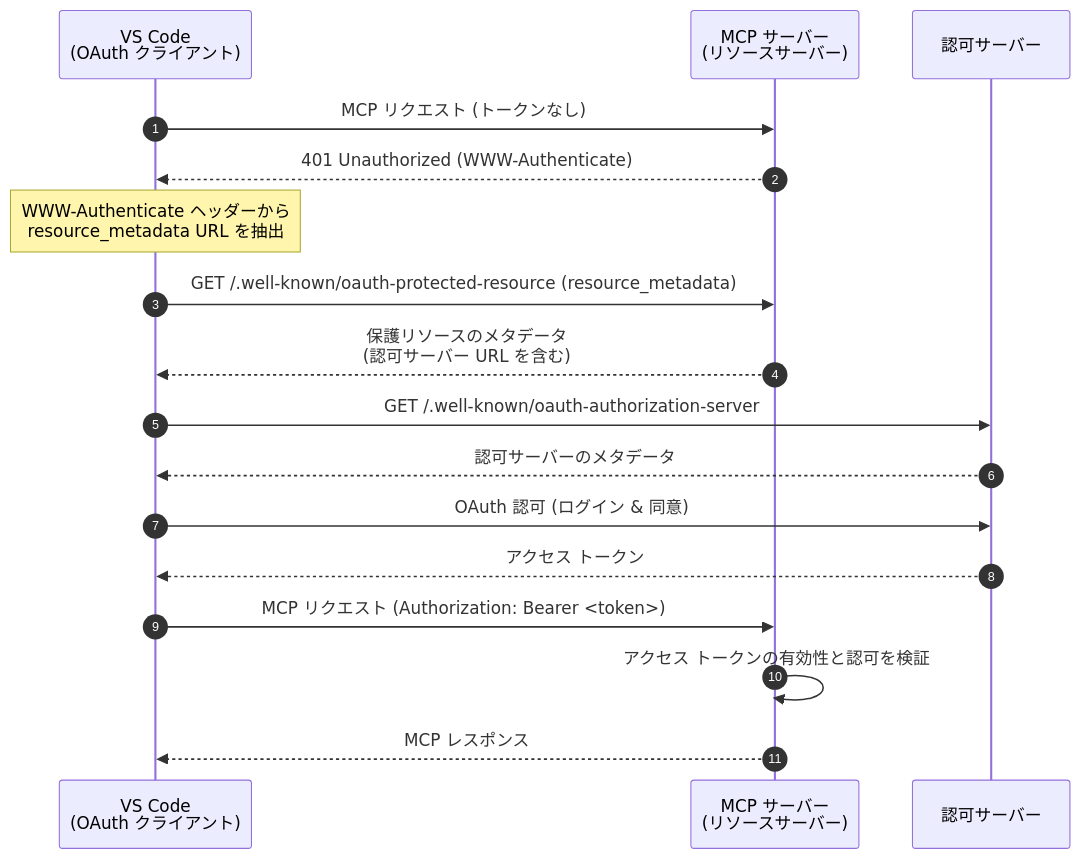
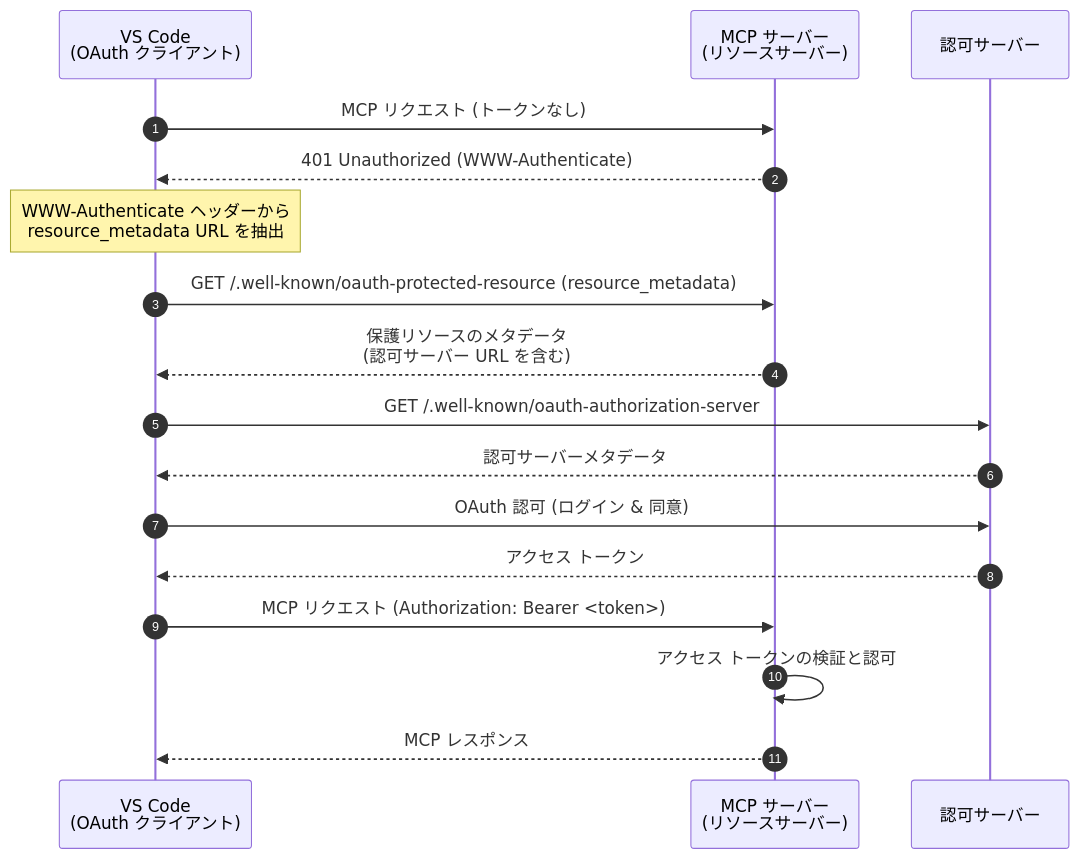
The first of 2 diagrams in i18n/ja/docusaurus-plugin-content-docs/current/tutorials/todo-manager/README.mdx (mcp-auth/docs), drawn with Mermaid before and after one commit. The commit also changed other lines of this file and 9 other files, not shown here.

````diff
--- a/i18n/ja/docusaurus-plugin-content-docs/current/tutorials/todo-manager/README.mdx
+++ b/i18n/ja/docusaurus-plugin-content-docs/current/tutorials/todo-manager/README.mdx
@@ -40,23 +40,23 @@
 ```mermaid
 sequenceDiagram
   autonumber
   participant Client as VS Code<br/>(OAuth クライアント)
   participant RS as MCP サーバー<br/>(リソースサーバー)
   participant AS as 認可サーバー
 
   Client->>RS: MCP リクエスト (トークンなし)
   RS-->>Client: 401 Unauthorized (WWW-Authenticate)
   Note over Client: WWW-Authenticate ヘッダーから<br/>resource_metadata URL を抽出
 
   Client->>RS: GET /.well-known/oauth-protected-resource (resource_metadata)
   RS-->>Client: 保護リソースのメタデータ<br/>(認可サーバー URL を含む)
 
   Client->>AS: GET /.well-known/oauth-authorization-server
-  AS-->>Client: 認可サーバーのメタデータ
+  AS-->>Client: 認可サーバーメタデータ
   Client->>AS: OAuth 認可 (ログイン & 同意)
   AS-->>Client: アクセス トークン
 
   Client->>RS: MCP リクエスト (Authorization: Bearer <token>)
-  RS->>RS: アクセス トークンの有効性と認可を検証
+  RS->>RS: アクセス トークンの検証と認可
   RS-->>Client: MCP レスポンス
 ```
````
